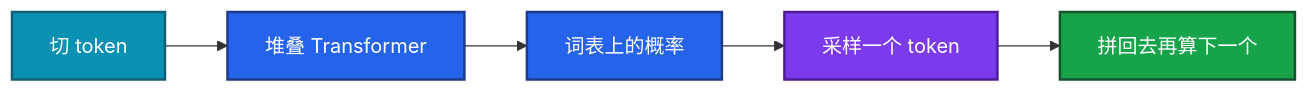
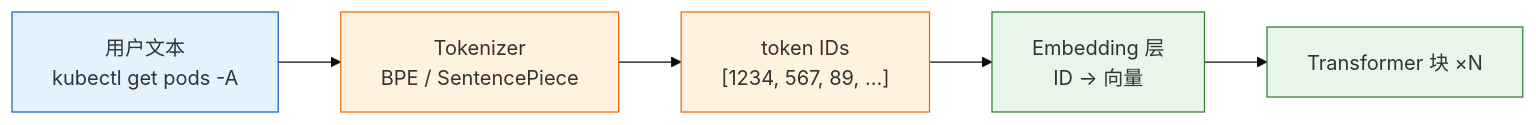
Before and after one commit to ml-cuizijun/LearnToLilith: the first of 7 diagrams in 09-AI与智能运维/01-LLM与Transformer基础/知识点.md, drawn with Mermaid. The commit also changed other lines of this file and 213 other files, not shown here.

````diff
--- a/09-AI与智能运维/01-LLM与Transformer基础/知识点.md
+++ b/09-AI与智能运维/01-LLM与Transformer基础/知识点.md
@@ -186,16 +39,16 @@
 ```mermaid
+%%{init: {"theme": "base", "flowchart": {"padding": 16}}}%%
 flowchart LR
-    A[切 token] --> B[堆叠 Transformer]
-    B --> C[词表上的概率]
-    C --> D[采样一个 token]
-    D --> E[拼回去再算下一个]
+    classDef input fill:#e3f2fd,stroke:#1565c0
+    classDef process fill:#fff3e0,stroke:#ef6c00
+    classDef output fill:#e8f5e9,stroke:#2e7d32
 
-    classDef a fill:#0891B2,stroke:#155E75,stroke-width:2px,color:#fff
-    classDef b fill:#2563EB,stroke:#1E3A8A,stroke-width:2px,color:#fff
-    classDef c fill:#7C3AED,stroke:#4C1D95,stroke-width:2px,color:#fff
-    classDef d fill:#16A34A,stroke:#14532D,stroke-width:2px,color:#fff
-    class A a
-    class B,C b
-    class D c
-    class E d
+    A["用户文本<br/>kubectl get pods -A"] --> B["Tokenizer<br/>BPE / SentencePiece"]
+    B --> C["token IDs<br/>[1234, 567, 89, ...]"]
+    C --> D["Embedding 层<br/>ID → 向量"]
+    D --> E["Transformer 块 ×N"]
+
+    class A input
+    class B,C process
+    class D,E output
 ```
````
